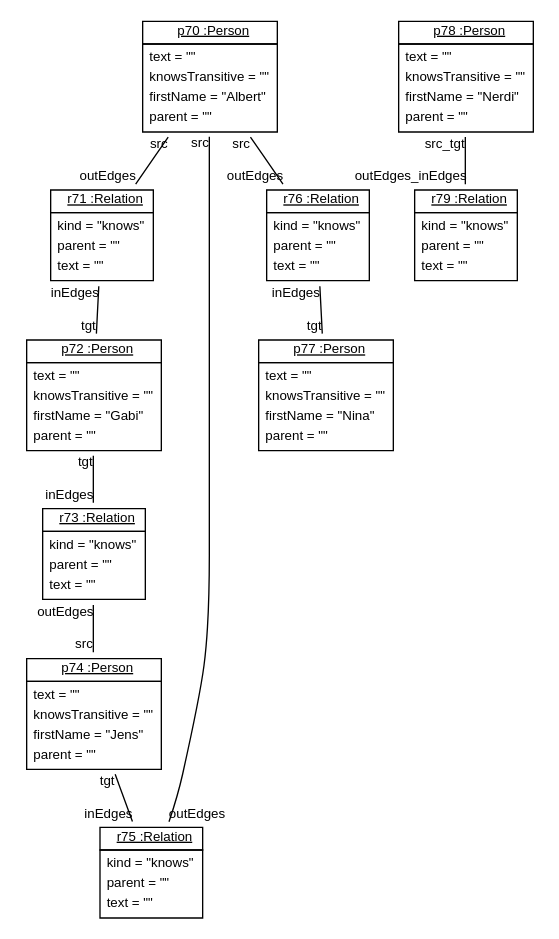
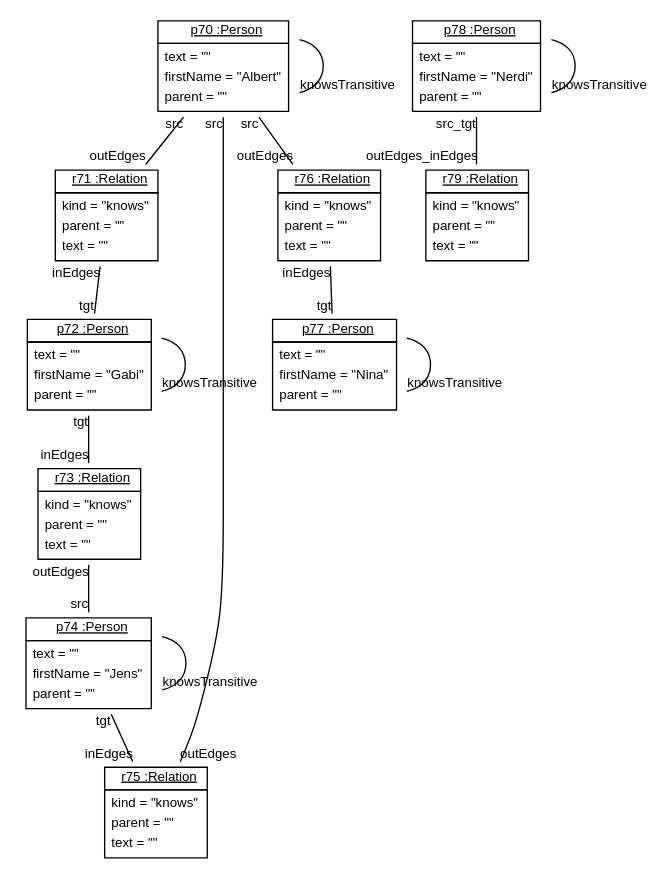
One commit to fujaba/SDMLib changed the diagram in doc/BanfM2MTransformation26.dot. Above: the diagram before and after it, drawn with Graphviz. The commit also changed 130 other files, not shown here.

```diff
--- a/doc/BanfM2MTransformation26.dot
+++ b/doc/BanfM2MTransformation26.dot
@@ -1,26 +1,31 @@
 graph ObjectDiagram {
    node [shape = none, fontsize = 10, fontname = "Arial"];
    edge [fontsize = 10, fontname = "Arial"];
    compound=true;
 
-p70 [label=<<table border='0' cellborder='1' cellspacing='0'> <tr> <td href="../examples/org/sdmlib/examples/m2m/Person.java"> <u>p70 :Person</u></td></tr><tr><td><table border='0' cellborder='0' cellspacing='0'><tr><td align='left'>text = ""</td></tr><tr><td align='left'>knowsTransitive = ""</td></tr><tr><td align='left'>firstName = "Albert"</td></tr><tr><td align='left'>parent = ""</td></tr></table></td></tr></table>>];
+p70 [label=<<table border='0' cellborder='1' cellspacing='0'> <tr> <td href="../examples/org/sdmlib/examples/m2m/Person.java"> <u>p70 :Person</u></td></tr><tr><td><table border='0' cellborder='0' cellspacing='0'><tr><td align='left'>text = ""</td></tr><tr><td align='left'>firstName = "Albert"</td></tr><tr><td align='left'>parent = ""</td></tr></table></td></tr></table>>];
 r71 [label=<<table border='0' cellborder='1' cellspacing='0'> <tr> <td href="../examples/org/sdmlib/examples/m2m/Relation.java"> <u>r71 :Relation</u></td></tr><tr><td><table border='0' cellborder='0' cellspacing='0'><tr><td align='left'>kind = "knows"</td></tr><tr><td align='left'>parent = ""</td></tr><tr><td align='left'>text = ""</td></tr></table></td></tr></table>>];
-p72 [label=<<table border='0' cellborder='1' cellspacing='0'> <tr> <td href="../examples/org/sdmlib/examples/m2m/Person.java"> <u>p72 :Person</u></td></tr><tr><td><table border='0' cellborder='0' cellspacing='0'><tr><td align='left'>text = ""</td></tr><tr><td align='left'>knowsTransitive = ""</td></tr><tr><td align='left'>firstName = "Gabi"</td></tr><tr><td align='left'>parent = ""</td></tr></table></td></tr></table>>];
+p72 [label=<<table border='0' cellborder='1' cellspacing='0'> <tr> <td href="../examples/org/sdmlib/examples/m2m/Person.java"> <u>p72 :Person</u></td></tr><tr><td><table border='0' cellborder='0' cellspacing='0'><tr><td align='left'>text = ""</td></tr><tr><td align='left'>firstName = "Gabi"</td></tr><tr><td align='left'>parent = ""</td></tr></table></td></tr></table>>];
 r73 [label=<<table border='0' cellborder='1' cellspacing='0'> <tr> <td href="../examples/org/sdmlib/examples/m2m/Relation.java"> <u>r73 :Relation</u></td></tr><tr><td><table border='0' cellborder='0' cellspacing='0'><tr><td align='left'>kind = "knows"</td></tr><tr><td align='left'>parent = ""</td></tr><tr><td align='left'>text = ""</td></tr></table></td></tr></table>>];
-p74 [label=<<table border='0' cellborder='1' cellspacing='0'> <tr> <td href="../examples/org/sdmlib/examples/m2m/Person.java"> <u>p74 :Person</u></td></tr><tr><td><table border='0' cellborder='0' cellspacing='0'><tr><td align='left'>text = ""</td></tr><tr><td align='left'>knowsTransitive = ""</td></tr><tr><td align='left'>firstName = "Jens"</td></tr><tr><td align='left'>parent = ""</td></tr></table></td></tr></table>>];
+p74 [label=<<table border='0' cellborder='1' cellspacing='0'> <tr> <td href="../examples/org/sdmlib/examples/m2m/Person.java"> <u>p74 :Person</u></td></tr><tr><td><table border='0' cellborder='0' cellspacing='0'><tr><td align='left'>text = ""</td></tr><tr><td align='left'>firstName = "Jens"</td></tr><tr><td align='left'>parent = ""</td></tr></table></td></tr></table>>];
 r75 [label=<<table border='0' cellborder='1' cellspacing='0'> <tr> <td href="../examples/org/sdmlib/examples/m2m/Relation.java"> <u>r75 :Relation</u></td></tr><tr><td><table border='0' cellborder='0' cellspacing='0'><tr><td align='left'>kind = "knows"</td></tr><tr><td align='left'>parent = ""</td></tr><tr><td align='left'>text = ""</td></tr></table></td></tr></table>>];
 r76 [label=<<table border='0' cellborder='1' cellspacing='0'> <tr> <td href="../examples/org/sdmlib/examples/m2m/Relation.java"> <u>r76 :Relation</u></td></tr><tr><td><table border='0' cellborder='0' cellspacing='0'><tr><td align='left'>kind = "knows"</td></tr><tr><td align='left'>parent = ""</td></tr><tr><td align='left'>text = ""</td></tr></table></td></tr></table>>];
-p77 [label=<<table border='0' cellborder='1' cellspacing='0'> <tr> <td href="../examples/org/sdmlib/examples/m2m/Person.java"> <u>p77 :Person</u></td></tr><tr><td><table border='0' cellborder='0' cellspacing='0'><tr><td align='left'>text = ""</td></tr><tr><td align='left'>knowsTransitive = ""</td></tr><tr><td align='left'>firstName = "Nina"</td></tr><tr><td align='left'>parent = ""</td></tr></table></td></tr></table>>];
-p78 [label=<<table border='0' cellborder='1' cellspacing='0'> <tr> <td href="../examples/org/sdmlib/examples/m2m/Person.java"> <u>p78 :Person</u></td></tr><tr><td><table border='0' cellborder='0' cellspacing='0'><tr><td align='left'>text = ""</td></tr><tr><td align='left'>knowsTransitive = ""</td></tr><tr><td align='left'>firstName = "Nerdi"</td></tr><tr><td align='left'>parent = ""</td></tr></table></td></tr></table>>];
+p77 [label=<<table border='0' cellborder='1' cellspacing='0'> <tr> <td href="../examples/org/sdmlib/examples/m2m/Person.java"> <u>p77 :Person</u></td></tr><tr><td><table border='0' cellborder='0' cellspacing='0'><tr><td align='left'>text = ""</td></tr><tr><td align='left'>firstName = "Nina"</td></tr><tr><td align='left'>parent = ""</td></tr></table></td></tr></table>>];
+p78 [label=<<table border='0' cellborder='1' cellspacing='0'> <tr> <td href="../examples/org/sdmlib/examples/m2m/Person.java"> <u>p78 :Person</u></td></tr><tr><td><table border='0' cellborder='0' cellspacing='0'><tr><td align='left'>text = ""</td></tr><tr><td align='left'>firstName = "Nerdi"</td></tr><tr><td align='left'>parent = ""</td></tr></table></td></tr></table>>];
 r79 [label=<<table border='0' cellborder='1' cellspacing='0'> <tr> <td href="../examples/org/sdmlib/examples/m2m/Relation.java"> <u>r79 :Relation</u></td></tr><tr><td><table border='0' cellborder='0' cellspacing='0'><tr><td align='left'>kind = "knows"</td></tr><tr><td align='left'>parent = ""</td></tr><tr><td align='left'>text = ""</td></tr></table></td></tr></table>>];
 
 p70 -- r71 [headlabel = "outEdges" taillabel = "src"];
 p70 -- r76 [headlabel = "outEdges" taillabel = "src"];
 p70 -- r75 [headlabel = "outEdges" taillabel = "src"];
+p70 -- p70 [headlabel = "knowsTransitive" taillabel = ""];
 r71 -- p72 [headlabel = "tgt" taillabel = "inEdges"];
 p72 -- r73 [headlabel = "inEdges" taillabel = "tgt"];
+p72 -- p72 [headlabel = "knowsTransitive" taillabel = ""];
 r73 -- p74 [headlabel = "src" taillabel = "outEdges"];
 p74 -- r75 [headlabel = "inEdges" taillabel = "tgt"];
+p74 -- p74 [headlabel = "knowsTransitive" taillabel = ""];
 r76 -- p77 [headlabel = "tgt" taillabel = "inEdges"];
+p77 -- p77 [headlabel = "knowsTransitive" taillabel = ""];
 p78 -- r79 [headlabel = "outEdges_inEdges" taillabel = "src_tgt"];
+p78 -- p78 [headlabel = "knowsTransitive" taillabel = ""];
 }
```
